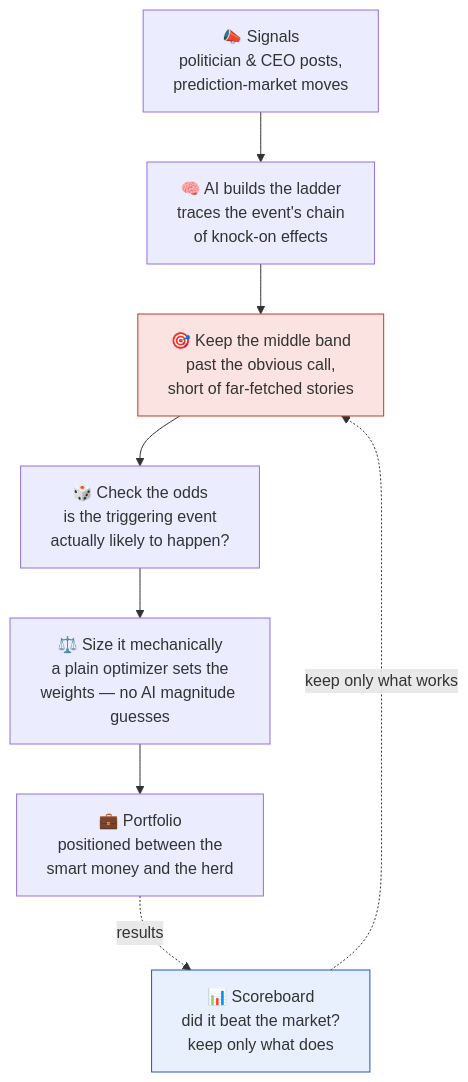
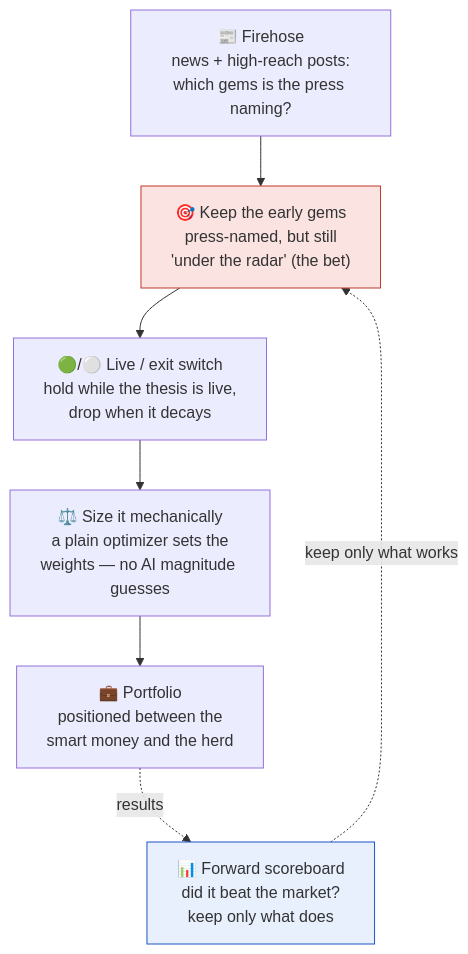
The diagram in README.md (joehahn/geo-herd-rider), drawn with Mermaid before and after one commit. The commit also changed other lines of this file and 20 other files, not shown here.

````diff
--- a/README.md
+++ b/README.md
@@ -18,19 +18,18 @@
 ```mermaid
 flowchart TD
-    S["📣 Signals<br/>politician & CEO posts,<br/>prediction-market moves"]
-    L["🧠 AI builds the ladder<br/>traces the event's chain<br/>of knock-on effects"]
-    M["🎯 Keep the middle band<br/>past the obvious call,<br/>short of far-fetched stories"]
-    P["🎲 Check the odds<br/>is the triggering event<br/>actually likely to happen?"]
+    S["📰 Firehose<br/>news + high-reach posts:<br/>which gems is the press naming?"]
+    G["🎯 Keep the early gems<br/>press-named, but still<br/>'under the radar' (the bet)"]
+    X["🟢/⚪ Live / exit switch<br/>hold while the thesis is live,<br/>drop when it decays"]
     W["⚖️ Size it mechanically<br/>a plain optimizer sets the<br/>weights — no AI magnitude guesses"]
     B["💼 Portfolio<br/>positioned between the<br/>smart money and the herd"]
-    SB["📊 Scoreboard<br/>did it beat the market?<br/>keep only what does"]
+    SB["📊 Forward scoreboard<br/>did it beat the market?<br/>keep only what does"]
 
-    S --> L --> M --> P --> W --> B
+    S --> G --> X --> W --> B
     B -. results .-> SB
-    SB -. keep only what works .-> M
+    SB -. keep only what works .-> G
 
     classDef bet fill:#fae3e0,stroke:#c0392b;
     classDef gate fill:#e8f0fe,stroke:#1a56c4;
-    class M bet
+    class G bet
     class SB gate
 ```
````
